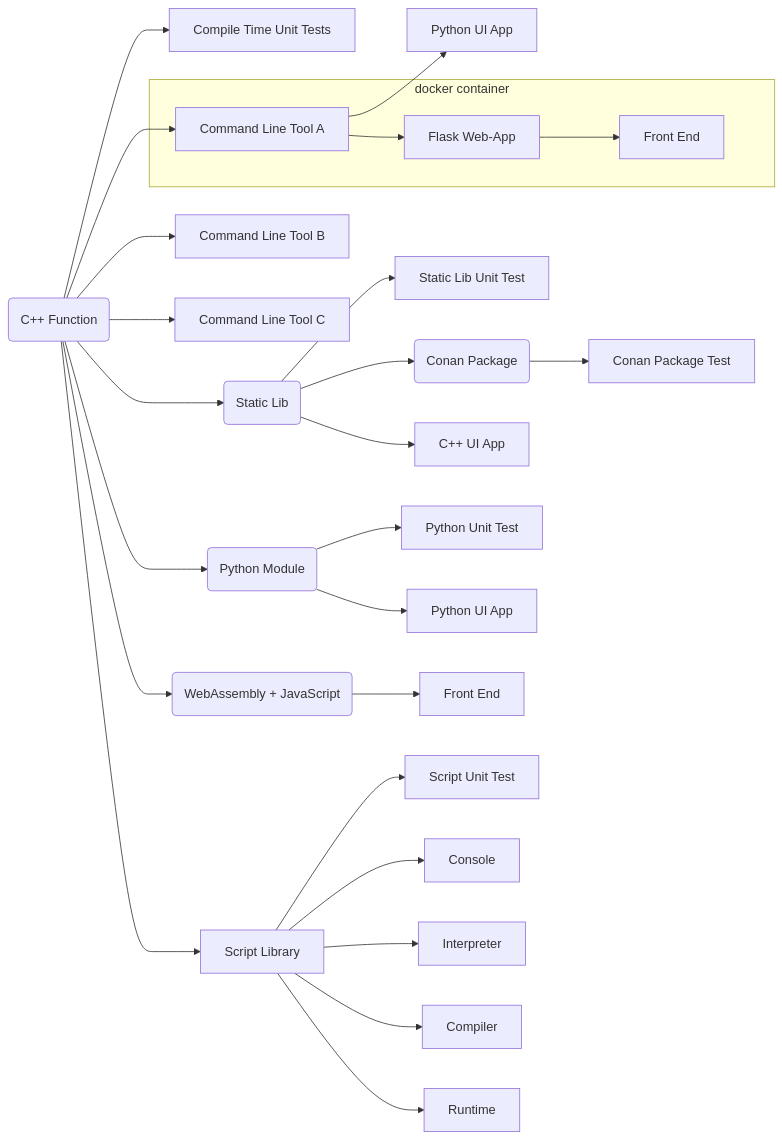
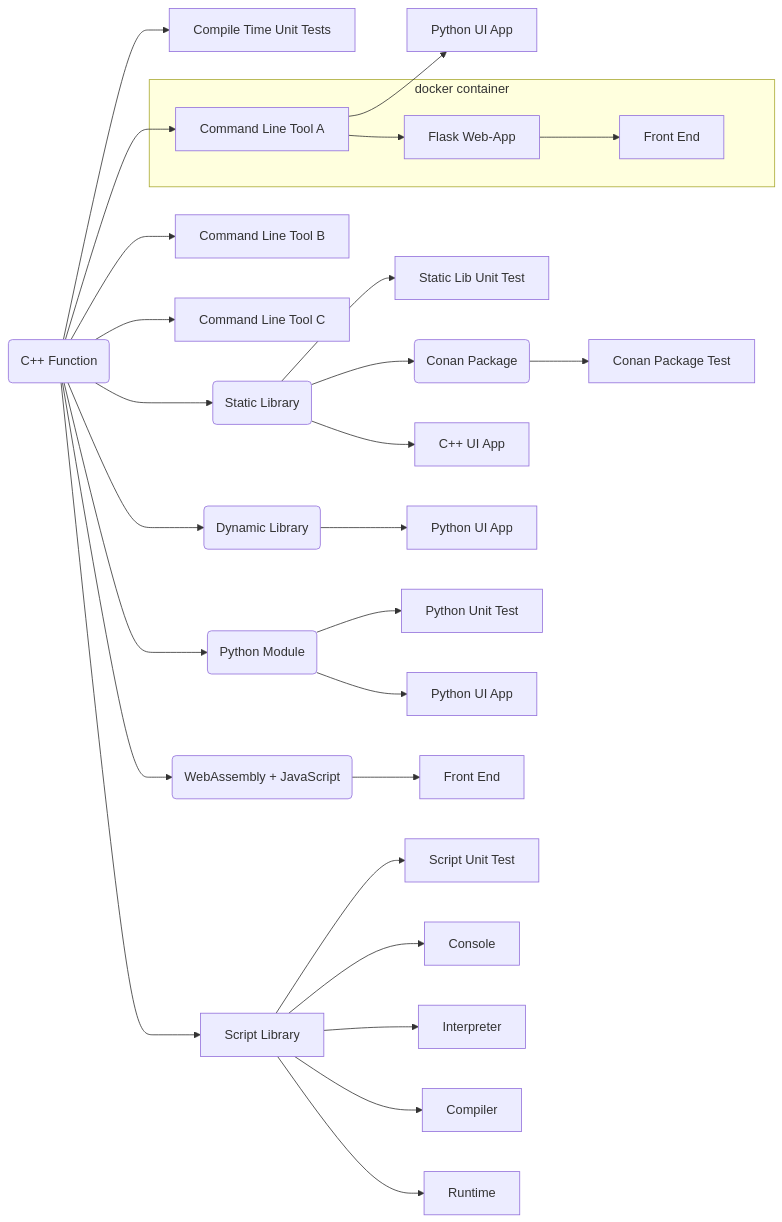
One commit to SebastianBach/full-stack changed the diagram in README.md. Above: the diagram before and after it, drawn with Mermaid. The commit also changed other lines of this file and 9 other files, not shown here.

````diff
--- a/README.md
+++ b/README.md
@@ -36,42 +38,45 @@
 ```mermaid
   flowchart LR;
 
     F(C++ Function) --> CUT[Compile Time Unit Tests];
 
     F --> CLI1[Command Line Tool A]
     F --> CLI2[Command Line Tool B]
     F --> CLI3[Command Line Tool C]
 
     CLI1 --> PYAPP2[Python UI App]
 
-    F --> LIB(Static Lib)
+    F --> LIB(Static Library)
 
     LIB --> LIBTEST[Static Lib Unit Test]
     LIB --> C(Conan Package)
 
     LIB --> QTCPP[C++ UI App]
+
+    F --> DLL(Dynamic Library)
+    DLL --> QTPYDLL[Python UI App]
 
     C --> CT[Conan Package Test]
 
     F --> PY(Python Module)
 
     subgraph docker container
     CLI1 --> SERVER[Flask Web-App]
     SERVER --> FRONT[Front End]
     end
 
     PY --> PYTEST[Python Unit Test]
     PY --> PYAPP[Python UI App]
 
     F --> WASM(WebAssembly + JavaScript)
 
     WASM --> WASMF[Front End]
 
     F --> SCRIPTLIB[Script Library]
 
     SCRIPTLIB --> SCRIPT_TEST[Script Unit Test]
     SCRIPTLIB --> SCRIPT_CONSOLE[Console]
     SCRIPTLIB --> SCRIPT_INTERPRETER[Interpreter]
     SCRIPTLIB --> SCRIPT_COMPILER[Compiler]
     SCRIPTLIB --> SCRIPT_RUNTIME[Runtime]
 ```
````
